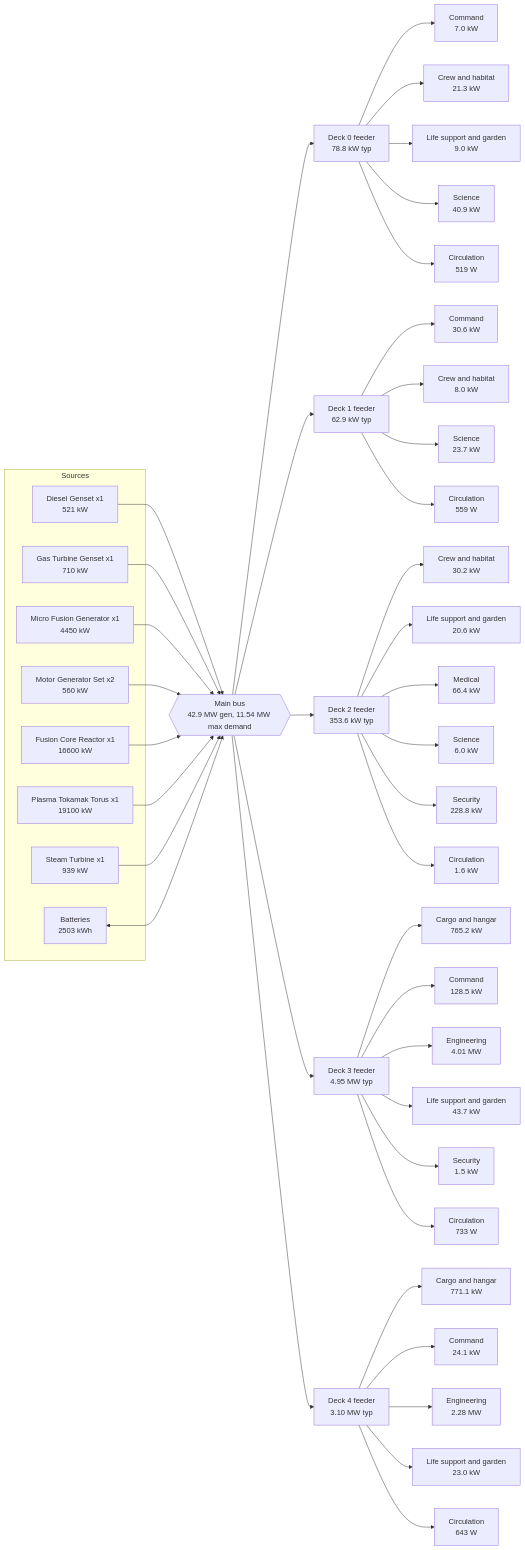
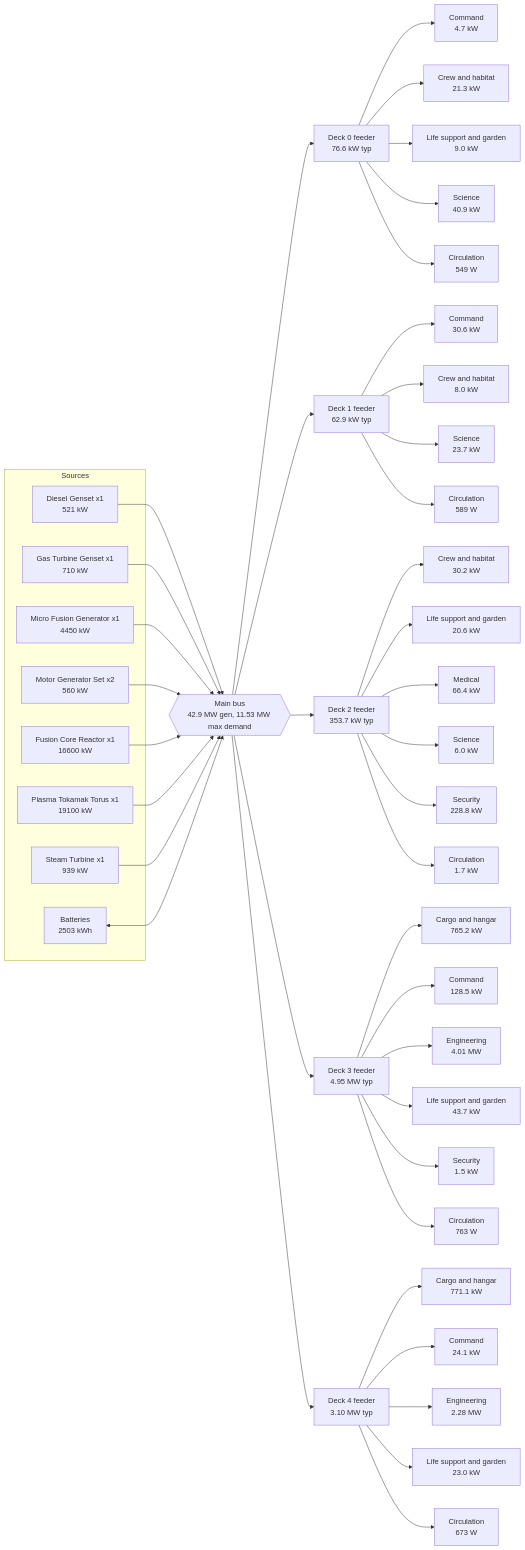
Before and after one commit to jgyy/starshipgo: the diagram in docs/SHIP_SPEC.md, drawn with Mermaid. The commit also changed other lines of this file and 253 other files, not shown here.

````diff
--- a/docs/SHIP_SPEC.md
+++ b/docs/SHIP_SPEC.md
@@ -229,53 +229,53 @@
 ```mermaid
 flowchart LR
     subgraph SRC[Sources]
         G0["Diesel Genset x1<br/>521 kW"]
         G1["Gas Turbine Genset x1<br/>710 kW"]
         G2["Micro Fusion Generator x1<br/>4450 kW"]
         G3["Motor Generator Set x2<br/>560 kW"]
         G4["Fusion Core Reactor x1<br/>16600 kW"]
         G5["Plasma Tokamak Torus x1<br/>19100 kW"]
         G6["Steam Turbine x1<br/>939 kW"]
         B0["Batteries<br/>2503 kWh"]
     end
-    BUS{{"Main bus<br/>42.9 MW gen, 11.54 MW max demand"}}
+    BUS{{"Main bus<br/>42.9 MW gen, 11.53 MW max demand"}}
     G0 --> BUS
     G1 --> BUS
     G2 --> BUS
     G3 --> BUS
     G4 --> BUS
     G5 --> BUS
     G6 --> BUS
     B0 <--> BUS
-    BUS --> D0["Deck 0 feeder<br/>78.8 kW typ"]
-    D0 --> D0_command["Command<br/>7.0 kW"]
+    BUS --> D0["Deck 0 feeder<br/>76.6 kW typ"]
+    D0 --> D0_command["Command<br/>4.7 kW"]
     D0 --> D0_crew["Crew and habitat<br/>21.3 kW"]
     D0 --> D0_life["Life support and garden<br/>9.0 kW"]
     D0 --> D0_science["Science<br/>40.9 kW"]
-    D0 --> D0_transit["Circulation<br/>519 W"]
+    D0 --> D0_transit["Circulation<br/>549 W"]
     BUS --> D1["Deck 1 feeder<br/>62.9 kW typ"]
     D1 --> D1_command["Command<br/>30.6 kW"]
     D1 --> D1_crew["Crew and habitat<br/>8.0 kW"]
     D1 --> D1_science["Science<br/>23.7 kW"]
-    D1 --> D1_transit["Circulation<br/>559 W"]
-    BUS --> D2["Deck 2 feeder<br/>353.6 kW typ"]
+    D1 --> D1_transit["Circulation<br/>589 W"]
+    BUS --> D2["Deck 2 feeder<br/>353.7 kW typ"]
     D2 --> D2_crew["Crew and habitat<br/>30.2 kW"]
     D2 --> D2_life["Life support and garden<br/>20.6 kW"]
     D2 --> D2_medical["Medical<br/>66.4 kW"]
     D2 --> D2_science["Science<br/>6.0 kW"]
     D2 --> D2_security["Security<br/>228.8 kW"]
-    D2 --> D2_transit["Circulation<br/>1.6 kW"]
+    D2 --> D2_transit["Circulation<br/>1.7 kW"]
     BUS --> D3["Deck 3 feeder<br/>4.95 MW typ"]
     D3 --> D3_cargo["Cargo and hangar<br/>765.2 kW"]
     D3 --> D3_command["Command<br/>128.5 kW"]
     D3 --> D3_engineering["Engineering<br/>4.01 MW"]
     D3 --> D3_life["Life support and garden<br/>43.7 kW"]
     D3 --> D3_security["Security<br/>1.5 kW"]
-    D3 --> D3_transit["Circulation<br/>733 W"]
+    D3 --> D3_transit["Circulation<br/>763 W"]
     BUS --> D4["Deck 4 feeder<br/>3.10 MW typ"]
     D4 --> D4_cargo["Cargo and hangar<br/>771.1 kW"]
     D4 --> D4_command["Command<br/>24.1 kW"]
     D4 --> D4_engineering["Engineering<br/>2.28 MW"]
     D4 --> D4_life["Life support and garden<br/>23.0 kW"]
-    D4 --> D4_transit["Circulation<br/>643 W"]
+    D4 --> D4_transit["Circulation<br/>673 W"]
 ```
````
